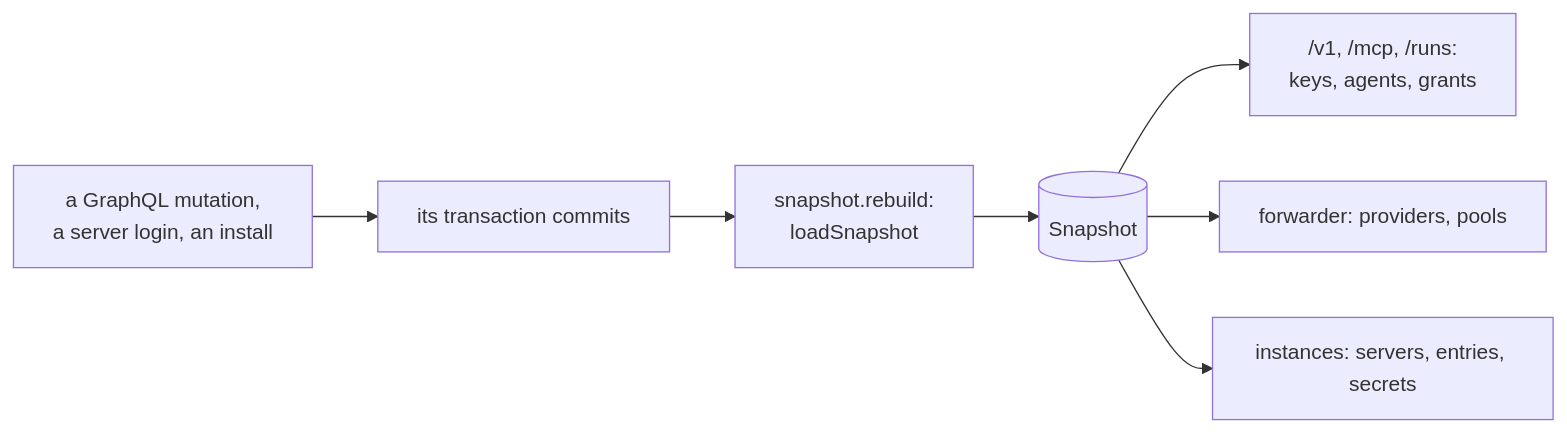
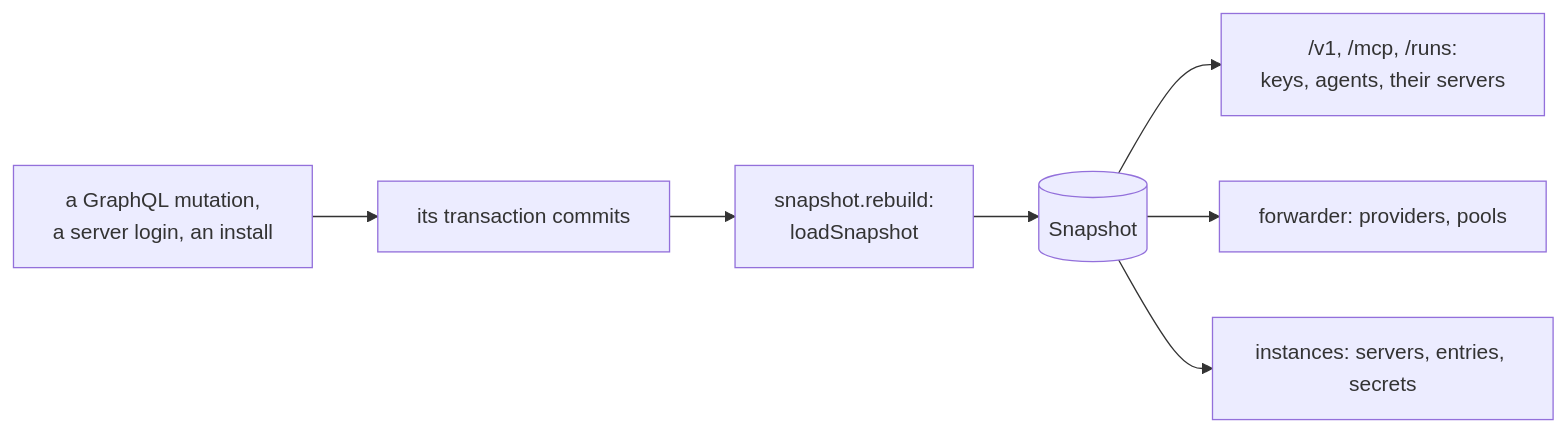
One commit to cubicecho/ai-router changed diagram 14 of 14 in HOW-IT-WORKS.md. Above: the diagram before and after it, drawn with Mermaid. The commit also changed other lines of this file and 35 other files, not shown here.

````diff
--- a/HOW-IT-WORKS.md
+++ b/HOW-IT-WORKS.md
@@ -576,9 +581,9 @@
 ```mermaid
 flowchart LR
   write["a GraphQL mutation,<br/>a server login, an install"] --> tx["its transaction commits"]
   tx --> rebuild["snapshot.rebuild:<br/>loadSnapshot"]
   rebuild --> snap[("Snapshot")]
-  snap --> v1["/v1, /mcp, /runs:<br/>keys, agents, grants"]
+  snap --> v1["/v1, /mcp, /runs:<br/>keys, agents, their servers"]
   snap --> fwd["forwarder: providers, pools"]
   snap --> inst["instances: servers, entries, secrets"]
 ```
````
